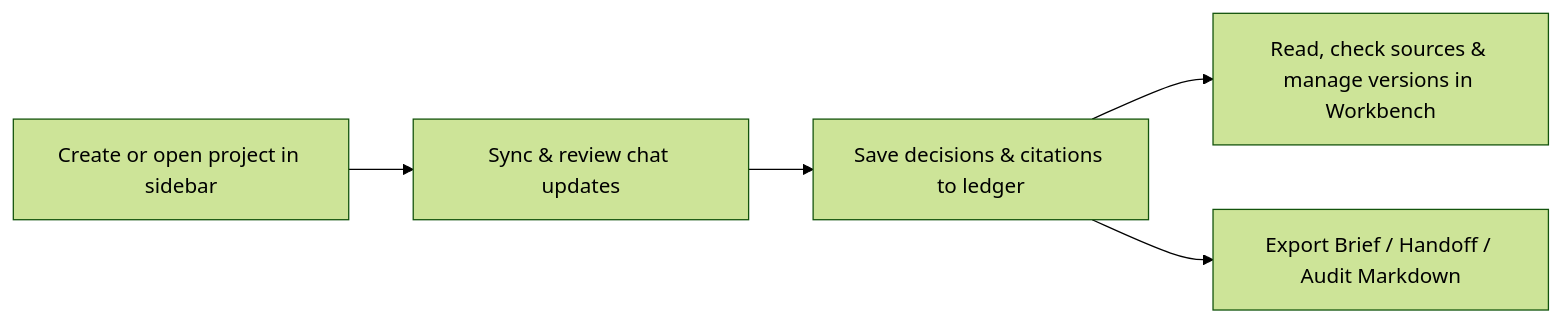
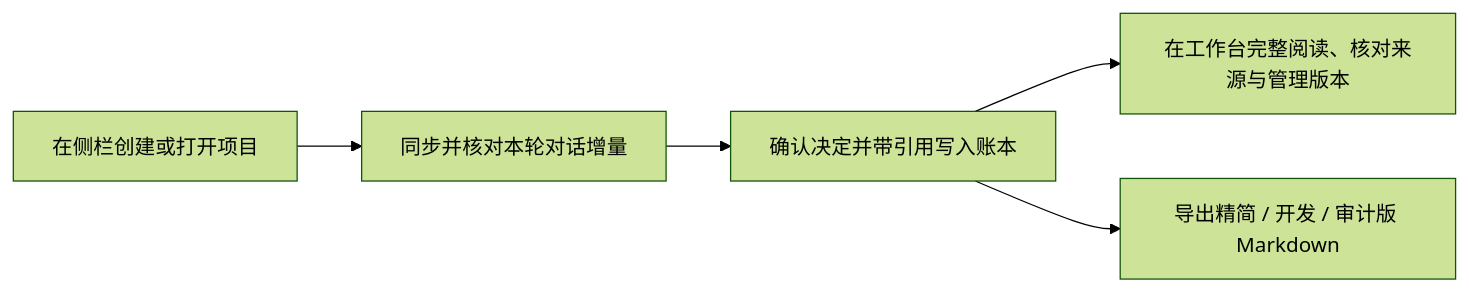
One commit to CNZHM666/ChatAtlas changed the diagram in README.md. Above: the diagram before and after it, drawn with Mermaid (forest theme). The commit also changed other lines of this file and 12 other files, not shown here.

````diff
--- a/README.md
+++ b/README.md
@@ -87,7 +87,7 @@
 ```mermaid
 flowchart LR
-  A["Create or open project in sidebar"] --> B["Sync & review chat updates"]
-  B --> C["Save decisions & citations to ledger"]
-  C --> D["Read, check sources & manage versions in Workbench"]
-  C --> E["Export Brief / Handoff / Audit Markdown"]
+  A["在侧栏创建或打开项目"] --> B["同步并核对本轮对话增量"]
+  B --> C["确认决定并带引用写入账本"]
+  C --> D["在工作台完整阅读、核对来源与管理版本"]
+  C --> E["导出精简 / 开发 / 审计版 Markdown"]
 ```
````
